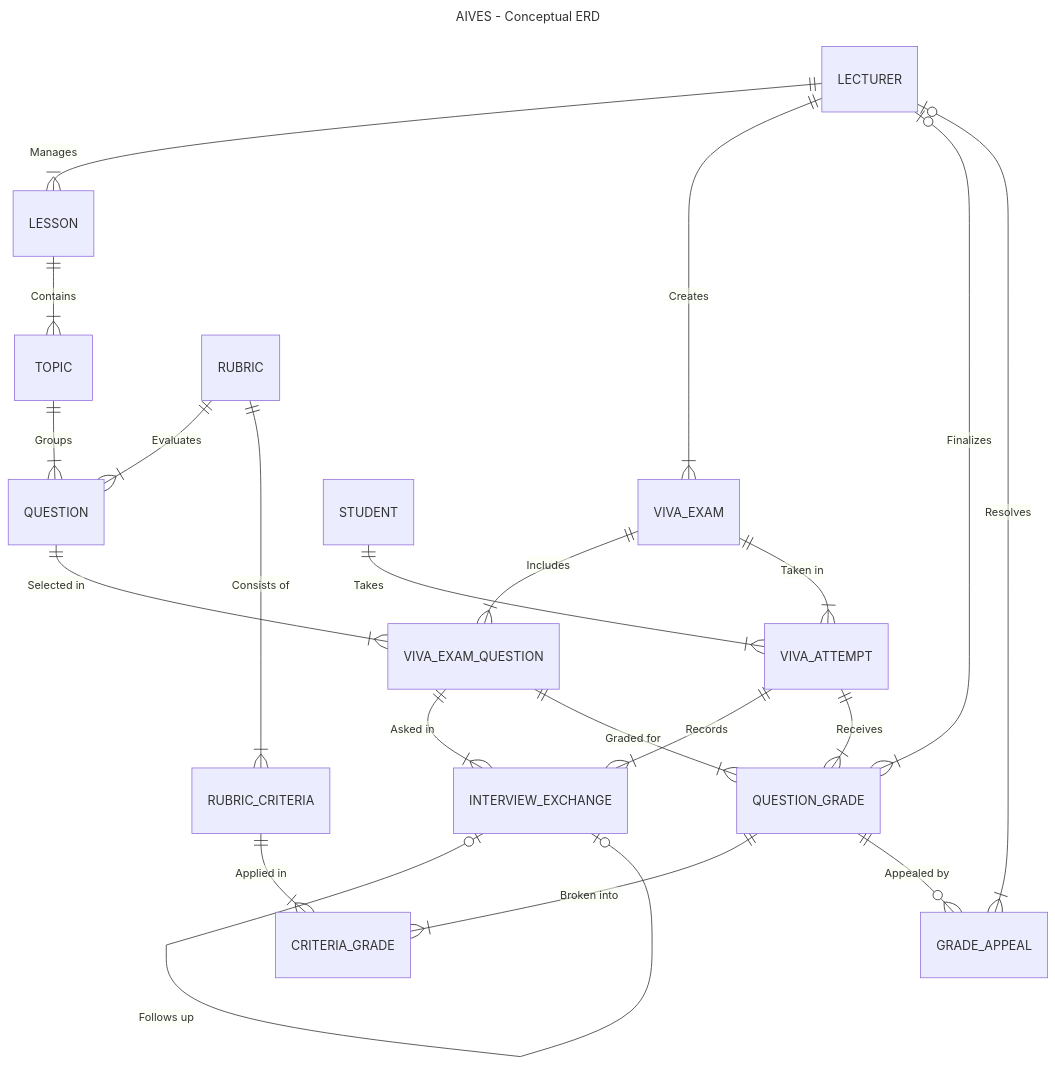
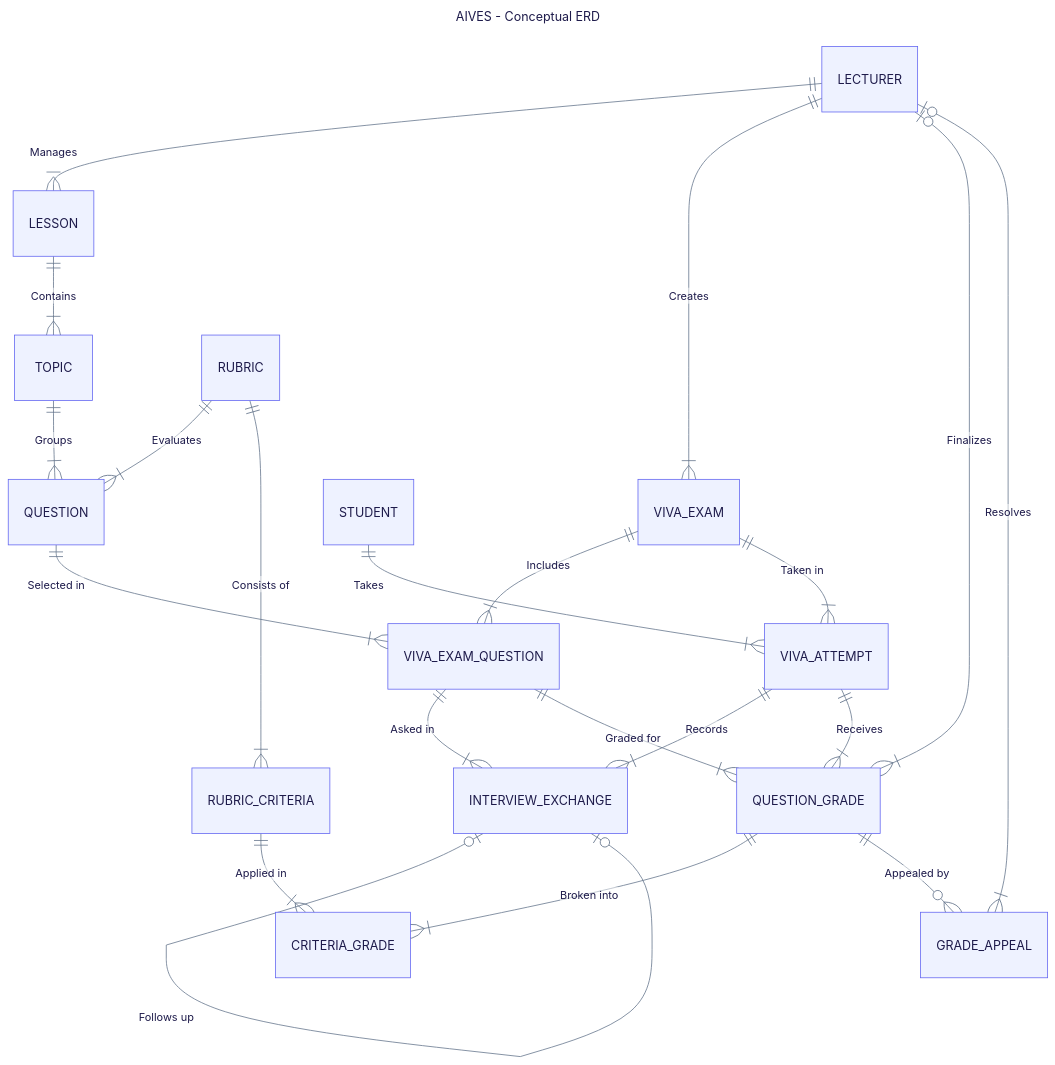
Before and after one commit to SWD392-Group-4/AI-powered-Viva-Exam-System: the diagram in document/ERD/conceptual-erd.mmd, drawn with Mermaid. The commit also changed 9 other files, not shown here.

Commit message:
docs: add system design, architecture, ERDs, and class diagrams

```diff
--- a/document/ERD/conceptual-erd.mmd
+++ b/document/ERD/conceptual-erd.mmd
@@ -1,31 +1,41 @@
 ---
 title: AIVES - Conceptual ERD
 ---
+%%{init: {
+  'theme': 'base',
+  'themeVariables': {
+    'primaryColor': '#EEF2FF',
+    'primaryTextColor': '#1E1B4B',
+    'primaryBorderColor': '#6366F1',
+    'lineColor': '#64748B',
+    'fontFamily': 'Inter, system-ui, -apple-system, sans-serif'
+  }
+}}%%
 erDiagram
     %% ===== CONTENT: bài học, câu hỏi, rubric =====
     LECTURER            ||--|{ LESSON              : "Manages"
     LESSON              ||--|{ TOPIC               : "Contains"
     TOPIC               ||--|{ QUESTION            : "Groups"
     RUBRIC              ||--|{ QUESTION            : "Evaluates"
     RUBRIC              ||--|{ RUBRIC_CRITERIA     : "Consists of"
 
     %% ===== EXAM: đề thi & lượt thi =====
     LECTURER            ||--|{ VIVA_EXAM           : "Creates"
     VIVA_EXAM           ||--|{ VIVA_EXAM_QUESTION  : "Includes"
     QUESTION            ||--|{ VIVA_EXAM_QUESTION  : "Selected in"
     VIVA_EXAM           ||--|{ VIVA_ATTEMPT        : "Taken in"
     STUDENT             ||--|{ VIVA_ATTEMPT        : "Takes"
 
     %% ===== VIVA ROOM: hỏi - đáp =====
     VIVA_ATTEMPT        ||--|{ INTERVIEW_EXCHANGE  : "Records"
     VIVA_EXAM_QUESTION  ||--|{ INTERVIEW_EXCHANGE  : "Asked in"
     INTERVIEW_EXCHANGE  |o--o| INTERVIEW_EXCHANGE  : "Follows up"
 
     %% ===== GRADING: chấm điểm, HITL, phúc khảo =====
     VIVA_ATTEMPT        ||--|{ QUESTION_GRADE      : "Receives"
     VIVA_EXAM_QUESTION  ||--|{ QUESTION_GRADE      : "Graded for"
     LECTURER            |o--|{ QUESTION_GRADE      : "Finalizes"
     QUESTION_GRADE      ||--|{ CRITERIA_GRADE      : "Broken into"
     RUBRIC_CRITERIA     ||--|{ CRITERIA_GRADE      : "Applied in"
     QUESTION_GRADE      ||--o{ GRADE_APPEAL        : "Appealed by"
     LECTURER            |o--|{ GRADE_APPEAL        : "Resolves"
```
